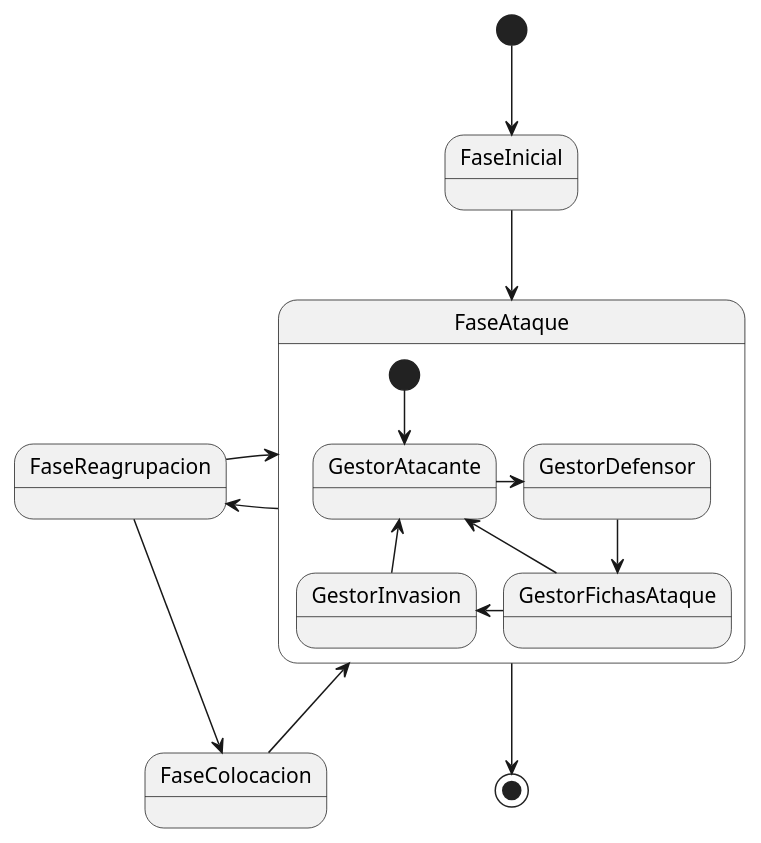
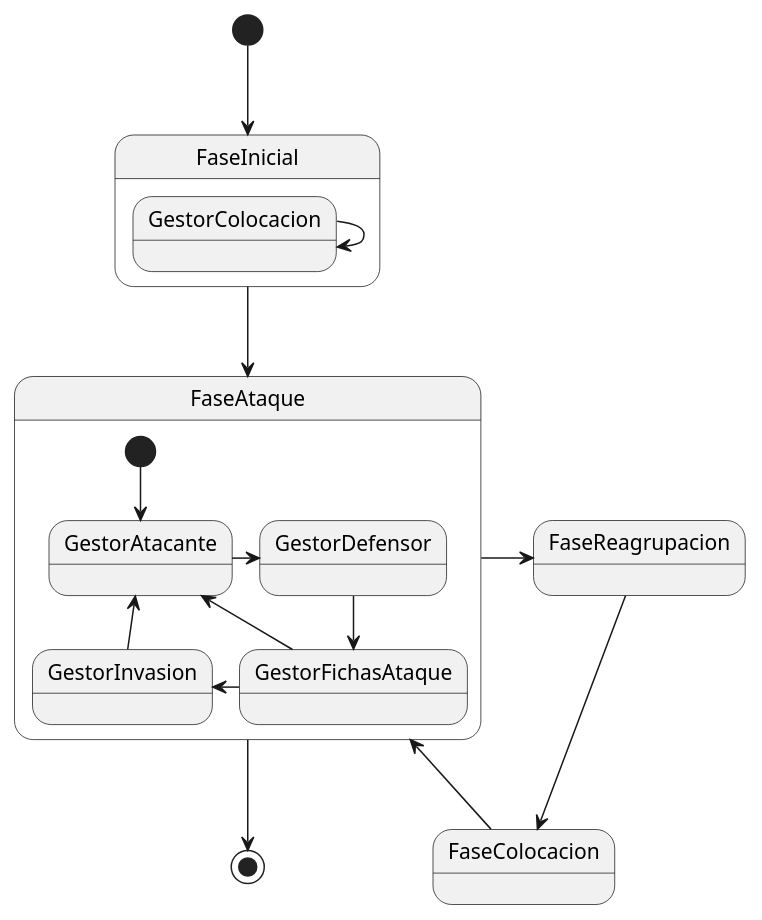
The diagram in UML/fases.plantuml (Gabrielsem/A.L.T.E.G.O.), drawn with PlantUML before and after one commit. The commit also changed 5 other files, not shown here.

```diff
--- a/UML/fases.plantuml
+++ b/UML/fases.plantuml
@@ -1,41 +1,41 @@
 @startuml
 skinparam monochrome true
 skinparam style strictuml
 skinparam classAttributeIconSize 0
 
 state FaseInicial{
+    GestorColocacion -> GestorColocacion
 }
 state FaseAtaque {
 
     [*] --> GestorAtacante
 
     GestorAtacante -> GestorDefensor
 
     GestorDefensor --> GestorFichasAtaque
 
     GestorFichasAtaque -> GestorAtacante
 
     GestorFichasAtaque -l> GestorInvasion
 
     GestorInvasion -u> GestorAtacante
 
 
 }
 state FaseReagrupacion {
 }
 state FaseColocacion {
 }
 
 
 [*] --> FaseInicial
 FaseInicial --> FaseAtaque
 
 FaseAtaque ->FaseReagrupacion
-FaseReagrupacion -> FaseAtaque
 
 FaseReagrupacion --> FaseColocacion
 FaseColocacion -> FaseAtaque
 
 
 FaseAtaque --> [*]
 @enduml
```
